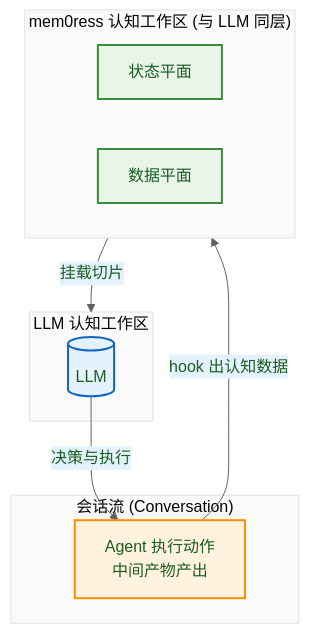
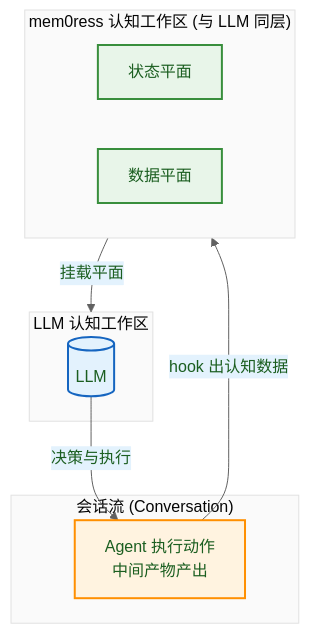
Before and after one commit to Lazyn0tBug/mem0ress: the third of 6 diagrams in docs/spec.md, drawn with Mermaid. The commit also changed other lines of this file, not shown here.

````diff
--- a/docs/spec.md
+++ b/docs/spec.md
@@ -186,28 +197,28 @@
 ```mermaid
 %% label：认知平面的数据流
 %%{ init: { 'theme': 'base', 'themeVariables': { 'primaryColor': '#e8f5e9', 'primaryTextColor': '#1b5e20', 'primaryBorderColor': '#388e3c', 'lineColor': '#616161', 'secondaryColor': '#e3f2fd', 'tertiaryColor': '#fafafa', 'fontFamily': 'arial' } } }%%
 graph TB
     subgraph 会话层["会话流 (Conversation)"]
         CF["Agent 执行动作<br>中间产物产出"]
     end
 
     subgraph 认知层["mem0ress 认知工作区 (与 LLM 同层)"]
         SP["状态平面"]
         DP["数据平面"]
     end
 
     subgraph LLM层["LLM 认知工作区"]
         LLM[("LLM")]
     end
 
     CF -->|hook 出认知数据| 认知层
-    认知层 -->|挂载切片| LLM层
+    认知层 -->|挂载平面| LLM层
     LLM -->|决策与执行| CF
 
     classDef conv fill:#fff3e0,stroke:#ff8f00,stroke-width:2px;
     classDef cog fill:#e8f5e9,stroke:#388e3c,stroke-width:2px;
     classDef llm fill:#e3f2fd,stroke:#1565c0,stroke-width:2px;
     class CF conv;
     class SP,DP cog;
     class LLM llm;
 ```
````
